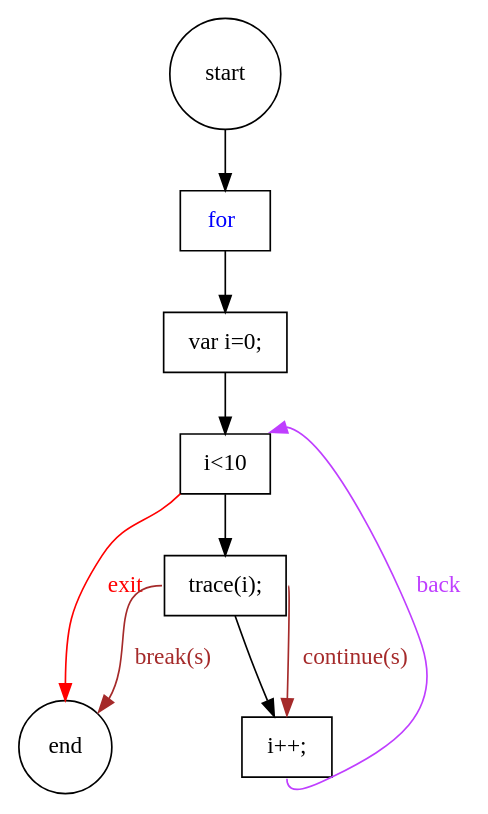
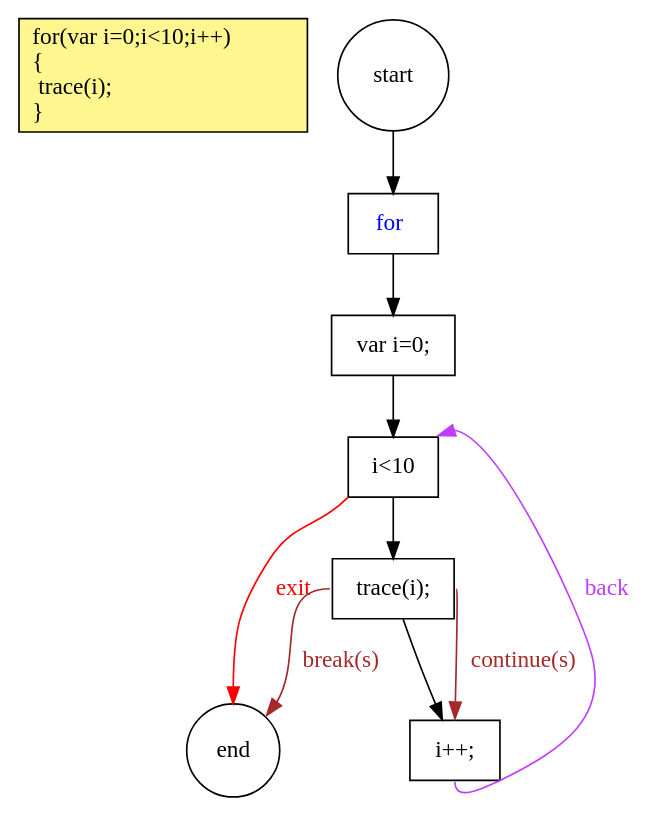
One commit to jindrapetrik/graphs changed the diagram in graphs/basics.for.gv. Above: the diagram before and after it, drawn with Graphviz. The commit also changed 5 other files, not shown here.

Commit message:
- attribute _ignoreattrib for ignoring attributes during detection - addding explain section to certain graphs

```diff
--- a/graphs/basics.for.gv
+++ b/graphs/basics.for.gv
@@ -1,36 +1,29 @@
-/*
-start;
-for(forfirst;forcond;forlast)
-{
-  forbody;
-}
-end;
+digraph {
+explain [_ignore=true fillcolor=khaki1 shape=box style=filled label="for(var i=0;i<10;i++)\l{\l  trace(i);\l}\l"]
 
-*/
-digraph {
 node [shape=box]
 start [shape=circle];
 end [shape=circle];
 for [label=<<FONT color="blue">for</FONT>>]
 
 forcond[label="i<10"];
 forfirst[label="var i=0;"];
 forlast[label="i++;"];
 forbody[label="trace(i);"];
 
 start->for->forfirst;
 forfirst->forcond;
 forcond->forbody;
 forbody->forlast;
 
 
 //note: _ignore attribute used - detection algorithm ignores this edge
 forbody:e->forlast:n[color=brown label="continue(s)" fontcolor=brown _ignore=true];
 forbody:w->end:ne[color=brown label="break(s)" fontcolor=brown _ignore=true];
 
 
-
-forlast:s->forcond:ne [color=darkorchid1 label=back fontcolor=darkorchid1];
-forcond:sw->end:n [color=red fontcolor=red label="exit"];
+//note: _ignoreattrib attribute used - detection algorithm will discard these attributes before start
+forlast:s->forcond:ne [color=darkorchid1 label=back fontcolor=darkorchid1 _ignoreattrib=true];
+forcond:sw->end:n [color=red fontcolor=red label="exit" _ignoreattrib=true];
 end;
 }
```
